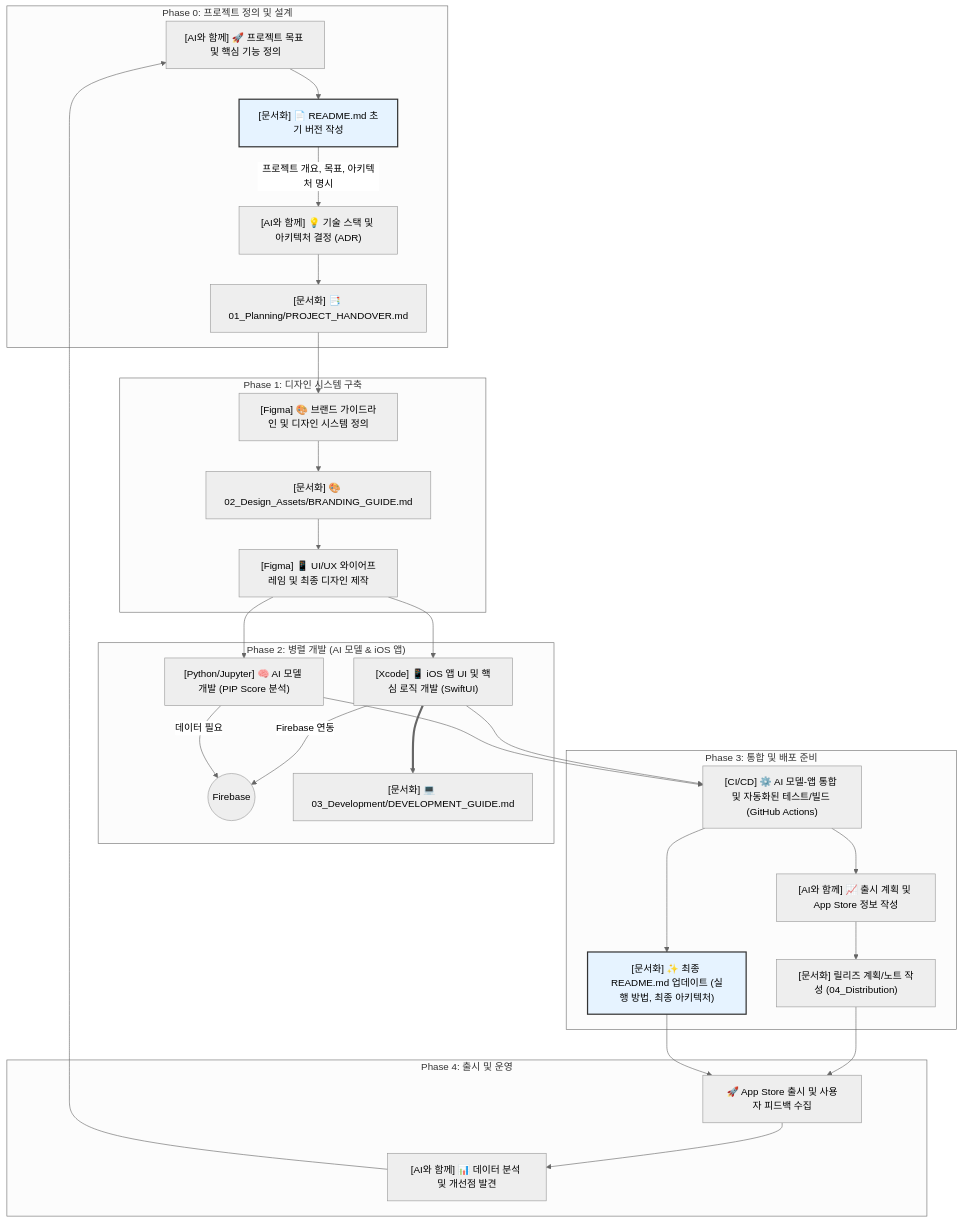
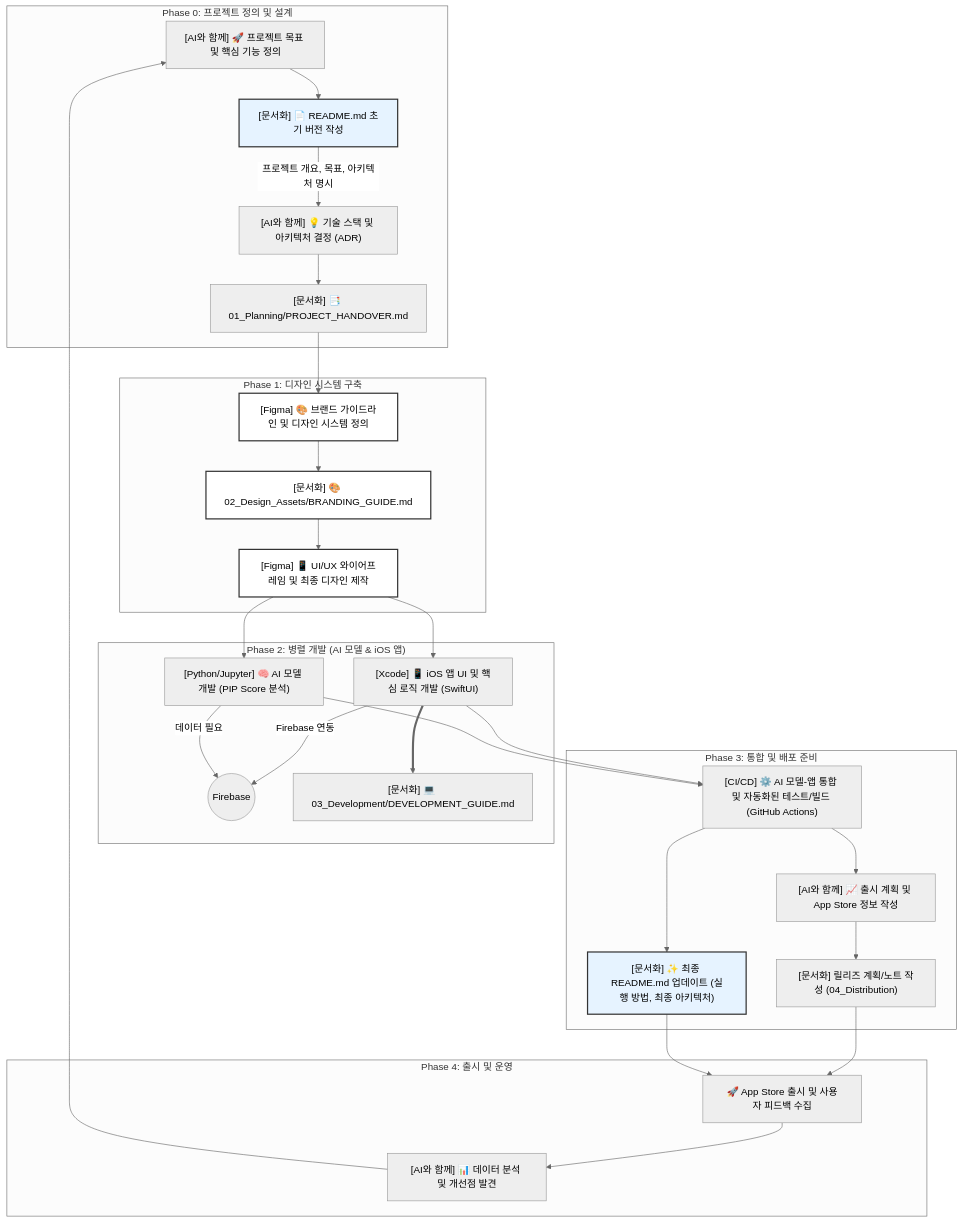
One commit to neomakes/neopip changed the first of 4 diagrams in README.md. Above: the diagram before and after it, drawn with Mermaid (neutral theme). The commit also changed 1 other file, not shown here.

Commit message:
docs: update README.md and add Design assets

````diff
--- a/README.md
+++ b/README.md
@@ -35,38 +35,41 @@
 ```mermaid
 graph TD
     subgraph "Phase 0: 프로젝트 정의 및 설계"
         A["[AI와 함께] 🚀 프로젝트 목표 및 핵심 기능 정의"] --> B["[문서화] 📄 README.md 초기 버전 작성"];
         B -- "프로젝트 개요, 목표, 아키텍처 명시" --> C["[AI와 함께] 💡 기술 스택 및 아키텍처 결정 (ADR)"];
         C --> D["[문서화] 📑 01_Planning/PROJECT_HANDOVER.md"];
     end
 
     subgraph "Phase 1: 디자인 시스템 구축"
         D --> E["[Figma] 🎨 브랜드 가이드라인 및 디자인 시스템 정의"];
         E --> F["[문서화] 🎨 02_Design_Assets/BRANDING_GUIDE.md"];
         F --> G["[Figma] 📱 UI/UX 와이어프레임 및 최종 디자인 제작"];
     end
 
     subgraph "Phase 2: 병렬 개발 (AI 모델 & iOS 앱)"
         G --> H["[Xcode] 📱 iOS 앱 UI 및 핵심 로직 개발 (SwiftUI)"];
         G --> I["[Python/Jupyter] 🧠 AI 모델 개발 (PIP Score 분석)"];
         H -- "Firebase 연동" --> J((Firebase));
         I -- "데이터 필요" --> J;
         H ==> K["[문서화] 💻 03_Development/DEVELOPMENT_GUIDE.md"];
     end
 
     subgraph "Phase 3: 통합 및 배포 준비"
         H & I --> L["[CI/CD] ⚙️ AI 모델-앱 통합 및 자동화된 테스트/빌드 (GitHub Actions)"];
         L --> M["[AI와 함께] 📈 출시 계획 및 App Store 정보 작성"];
         M --> N["[문서화] 릴리즈 계획/노트 작성 (04_Distribution)"];
         L --> O["[문서화] ✨ 최종 README.md 업데이트 (실행 방법, 최종 아키텍처)"];
     end
 
     subgraph "Phase 4: 출시 및 운영"
         N & O --> P["🚀 App Store 출시 및 사용자 피드백 수집"];
         P --> Q["[AI와 함께] 📊 데이터 분석 및 개선점 발견"];
         Q --> A;
     end
 
     style B fill:#e6f3ff,stroke:#333,stroke-width:2px
     style O fill:#e6f3ff,stroke:#333,stroke-width:2px
+    style E fill:#ffffff,color:#000000,stroke:#333,stroke-width:2px
+    style F fill:#ffffff,color:#000000,stroke:#333,stroke-width:2px
+    style G fill:#ffffff,color:#000000,stroke:#333,stroke-width:2px
 ```
````
